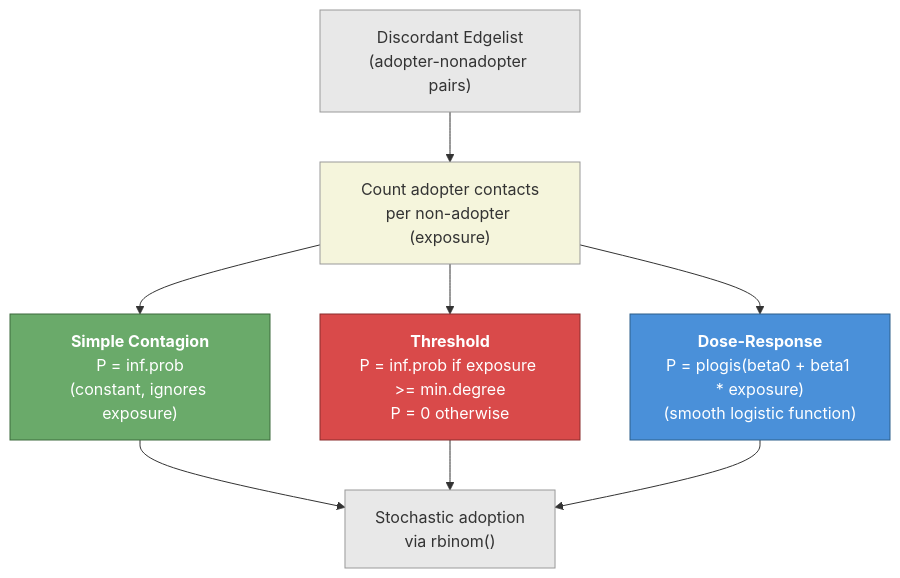
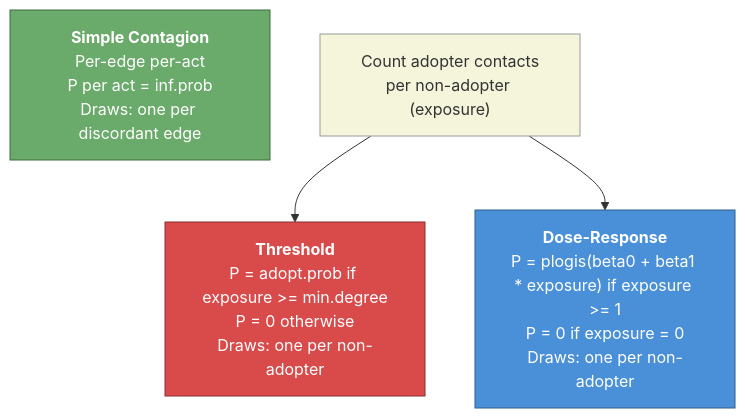
One commit to EpiModel/EpiModel-Gallery changed the second of 2 diagrams in examples/social-diffusion/README.md. Above: the diagram before and after it, drawn with Mermaid. The commit also changed other lines of this file and 3 other files, not shown here.

````diff
--- a/examples/social-diffusion/README.md
+++ b/examples/social-diffusion/README.md
@@ -45,19 +45,15 @@
 ```mermaid
 graph TD
-    DEL["Discordant Edgelist<br/>(adopter-nonadopter pairs)"] --> COUNT["Count adopter contacts<br/>per non-adopter (exposure)"]
+    SIMPLE["<b>Simple Contagion</b><br/>Per-edge per-act<br/>P per act = inf.prob<br/>Draws: one per discordant edge"]
+    EXP["Count adopter contacts<br/>per non-adopter (exposure)"]
+    T["<b>Threshold</b><br/>P = adopt.prob if exposure >= min.degree<br/>P = 0 otherwise<br/>Draws: one per non-adopter"]
+    D["<b>Dose-Response</b><br/>P = plogis(beta0 + beta1 * exposure) if exposure >= 1<br/>P = 0 if exposure = 0<br/>Draws: one per non-adopter"]
 
-    COUNT --> S1["<b>Simple Contagion</b><br/>P = inf.prob<br/>(constant, ignores exposure)"]
-    COUNT --> S2["<b>Threshold</b><br/>P = inf.prob if exposure >= min.degree<br/>P = 0 otherwise"]
-    COUNT --> S3["<b>Dose-Response</b><br/>P = plogis(beta0 + beta1 * exposure)<br/>(smooth logistic function)"]
+    EXP --> T
+    EXP --> D
 
-    S1 --> ADOPT["Stochastic adoption<br/>via rbinom()"]
-    S2 --> ADOPT
-    S3 --> ADOPT
-
-    style DEL fill:#e8e8e8,stroke:#999
-    style COUNT fill:#f5f5dc,stroke:#999
-    style S1 fill:#6aaa6a,stroke:#3d6b3d,color:#fff
-    style S2 fill:#d94a4a,stroke:#8a2c2c,color:#fff
-    style S3 fill:#4a90d9,stroke:#2c5f8a,color:#fff
-    style ADOPT fill:#e8e8e8,stroke:#999
+    style SIMPLE fill:#6aaa6a,stroke:#3d6b3d,color:#fff
+    style EXP fill:#f5f5dc,stroke:#999
+    style T fill:#d94a4a,stroke:#8a2c2c,color:#fff
+    style D fill:#4a90d9,stroke:#2c5f8a,color:#fff
 ```
````
